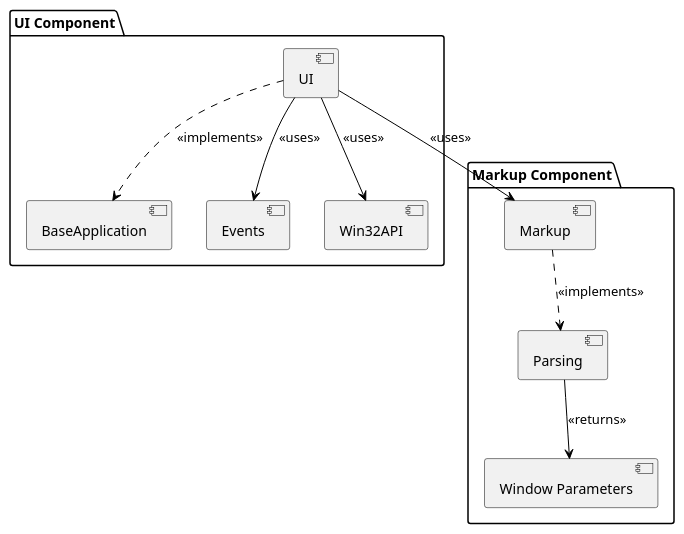
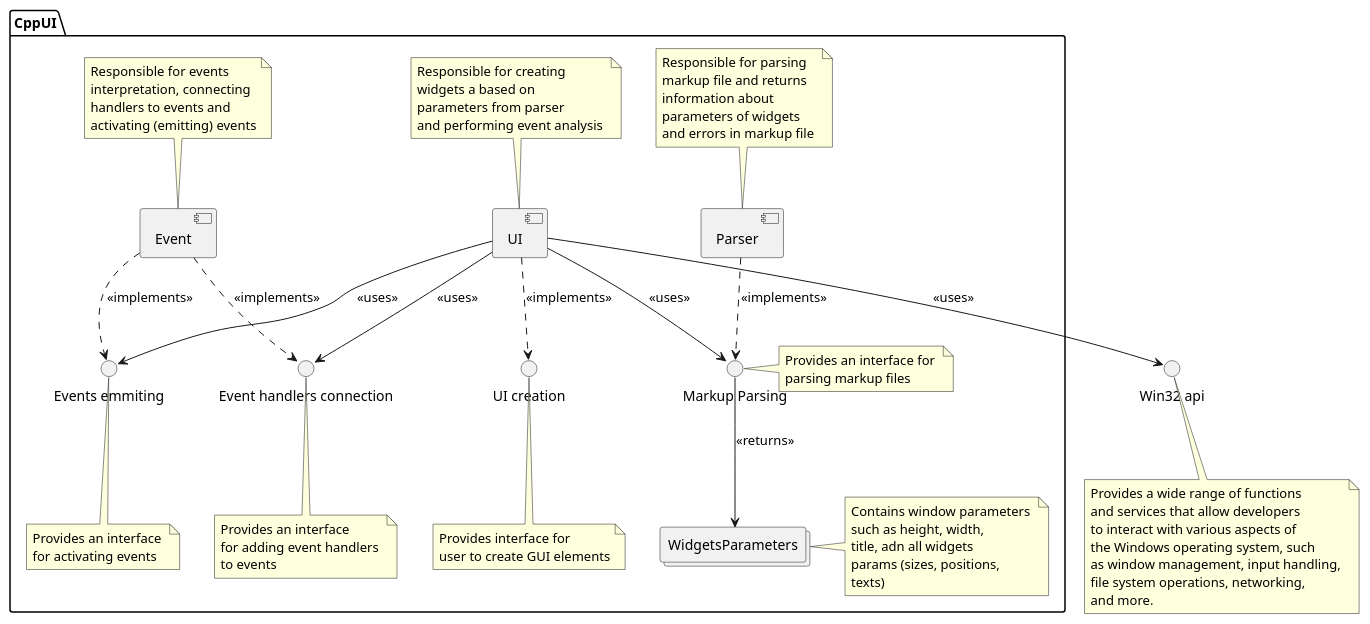
Before and after one commit to vovahrytsiuk/Diploma: the diagram in Components/UI/doc/components.pu, drawn with PlantUML. The commit also changed 48 other files, not shown here.

```diff
--- a/Components/UI/doc/components.pu
+++ b/Components/UI/doc/components.pu
@@ -1,24 +1,86 @@
 @startuml
 
-skinparam component {
-    BorderColor #000000
-    ArrowColor #000000
+' skinparam component {
+'     BorderColor #000000
+'     ArrowColor #000000
+' }   
+' actor "User" as act
+
+
+interface "Win32 api"  as winapi
+
+note bottom of winapi
+    Provides a wide range of functions
+    and services that allow developers 
+    to interact with various aspects of 
+    the Windows operating system, such 
+    as window management, input handling, 
+    file system operations, networking, 
+    and more.
+end note
+
+
+package "CppUI" {
+    ' interface "Widgets Creation" as widg
+    interface "Events emmiting" as ee
+    note bottom of ee
+        Provides an interface 
+        for activating events
+    end note
+    interface "Event handlers connection" as ehc
+    note bottom of ehc
+        Provides an interface 
+        for adding event handlers 
+        to events
+    end note
+    interface "UI creation" as ba
+    note bottom of [ba]
+        Provides interface for
+        user to create GUI elements
+    end note
+    interface "Markup Parsing" as mp
+    note right of mp
+        Provides an interface for 
+        parsing markup files
+    end note
+    [Parser]
+    [Event] ..> ee : <<implements>>
+    [Event] ..> ehc : <<implements>>
+    [UI] --> winapi : <<uses>>
+    [UI] --> ee : <<uses>>
+    [UI] --> ehc : <<uses>>
+    [UI] --> mp : <<uses>>
+    [UI] ..> ba : <<implements>>
+    [Parser] ..> mp : <<implements>>
+    collections WidgetsParameters as wp
+    note right of wp
+        Contains window parameters 
+        such as height, width, 
+        title, adn all widgets 
+        params (sizes, positions, 
+        texts)
+    end note
+    note top of [Parser]
+        Responsible for parsing 
+        markup file and returns 
+        information about 
+        parameters of widgets 
+        and errors in markup file 
+    end note
+    note top of [UI]
+        Responsible for creating 
+        widgets a based on 
+        parameters from parser 
+        and performing event analysis 
+    end note
+    note top of [Event]
+        Responsible for events 
+        interpretation, connecting 
+        handlers to events and 
+        activating (emitting) events
+    end note
+    mp --> wp : <<returns>>
 }
 
-package "UI Component" {
-    [UI] ..> [BaseApplication] : <<implements>>
-    [UI] --> [Events] : <<uses>>  
-    [UI] --> [Win32API] : <<uses>>
-    
-    
-}
 
-package "Markup Component" {
-    [Markup]
-    [Parsing]
-    [Markup] ..> [Parsing] : <<implements>>
-    [Parsing] --> [Window Parameters] : <<returns>>
-}
-
-[UI] --> [Markup] : <<uses>>
 @enduml
```
